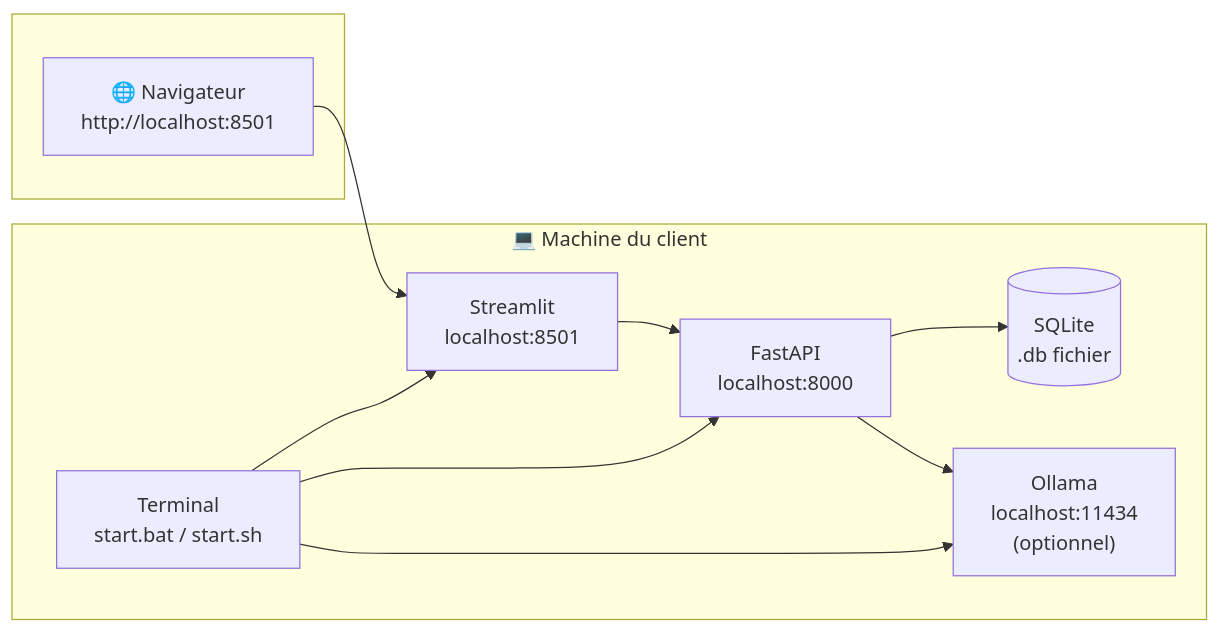
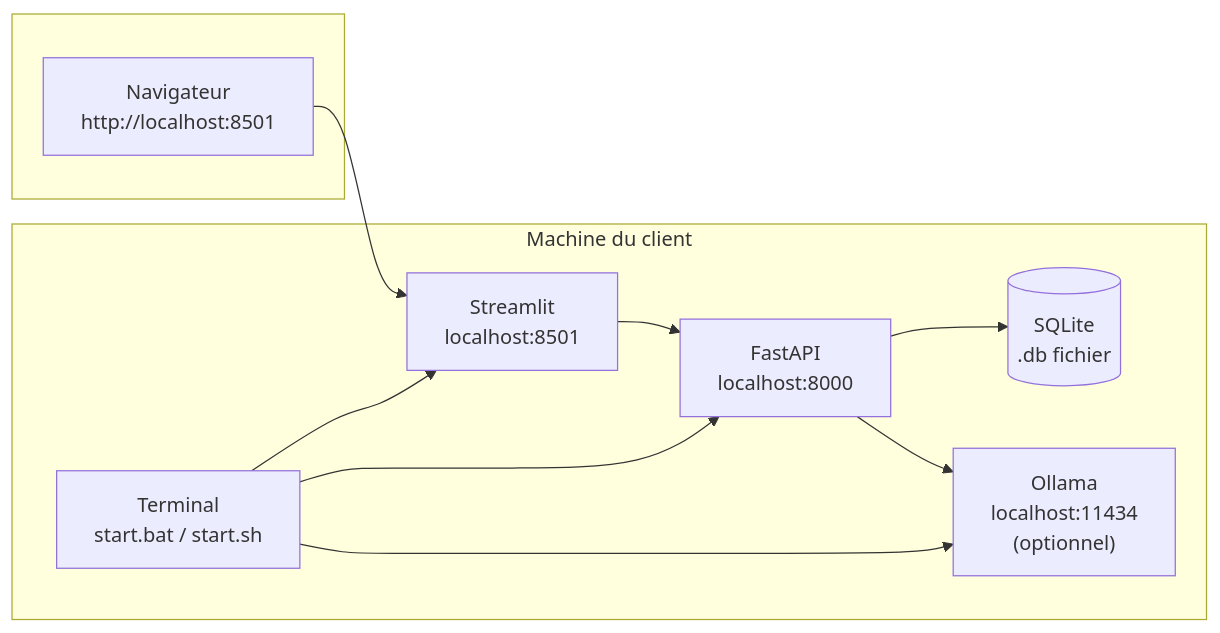
Before and after one commit to Louison-code/Projet-G1-G2: the sixth of 6 diagrams in Architecture.md, drawn with Mermaid. The commit also changed other lines of this file and 4 other files, not shown here.

````diff
--- a/Architecture.md
+++ b/Architecture.md
@@ -1241,22 +1241,22 @@
 ```mermaid
 flowchart LR
-    subgraph Machine["💻 Machine du client"]
+    subgraph Machine[" Machine du client"]
         Terminal["Terminal<br>start.bat / start.sh"]
         FastAPI["FastAPI<br>localhost:8000"]
         Streamlit["Streamlit<br>localhost:8501"]
         DB[(SQLite<br>.db fichier)]
         Ollama["Ollama<br>localhost:11434<br>(optionnel)"]
     end
 
     subgraph Browser[" "]
-        App["🌐 Navigateur<br>http://localhost:8501"]
+        App[" Navigateur<br>http://localhost:8501"]
     end
 
     Terminal --> FastAPI
     Terminal --> Streamlit
     Terminal --> Ollama
     FastAPI --> DB
     FastAPI --> Ollama
     App --> Streamlit
     Streamlit --> FastAPI
 ```
````
